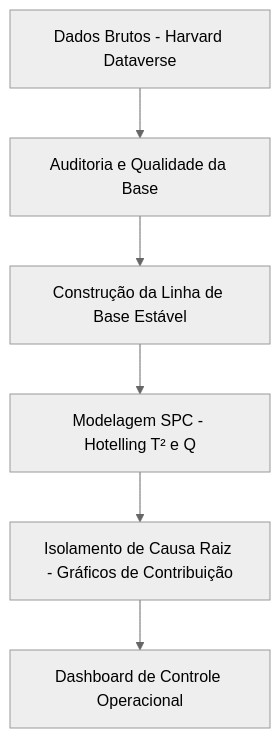
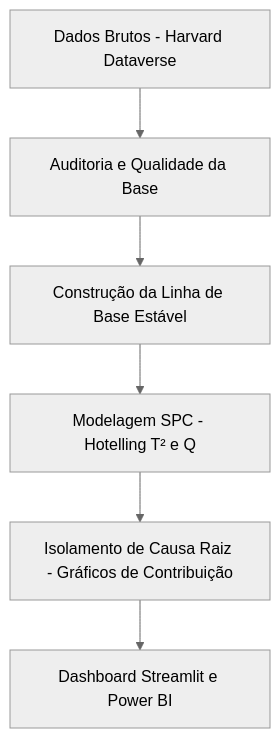
Before and after one commit to Nayanearaujo/Multivariate-Industrial-Anomaly-Detection-SPC-DuckDB-Python: the diagram in README.md, drawn with Mermaid (neutral theme). The commit also changed other lines of this file, not shown here.

Commit message:
docs: update README with Streamlit app, notebook 03 and docker services

````diff
--- a/README.md
+++ b/README.md
@@ -68,8 +78,8 @@
 ```mermaid
 flowchart TD
     A[Dados Brutos - Harvard Dataverse] --> B[Auditoria e Qualidade da Base]
     B --> C[Construção da Linha de Base Estável]
     C --> D[Modelagem SPC - Hotelling T² e Q]
     D --> E[Isolamento de Causa Raiz - Gráficos de Contribuição]
-    E --> F[Dashboard de Controle Operacional]
+    E --> F[Dashboard Streamlit e Power BI]
 ```
````
